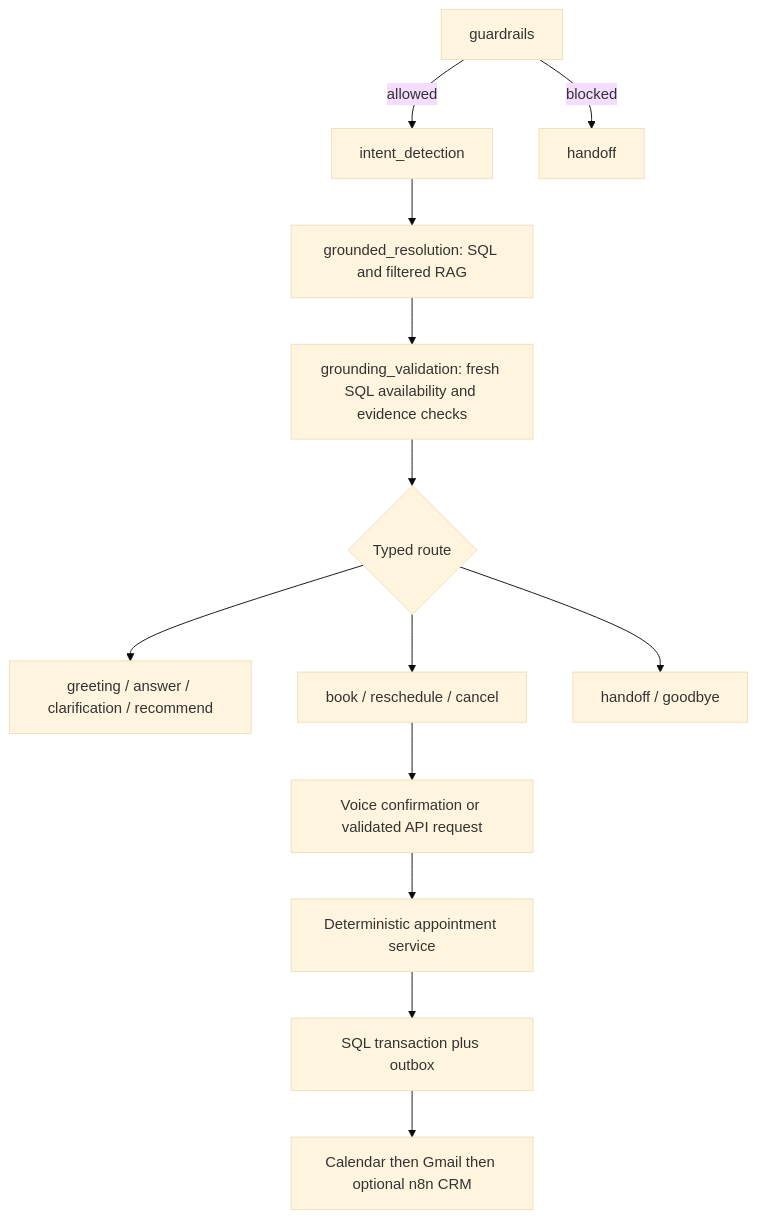
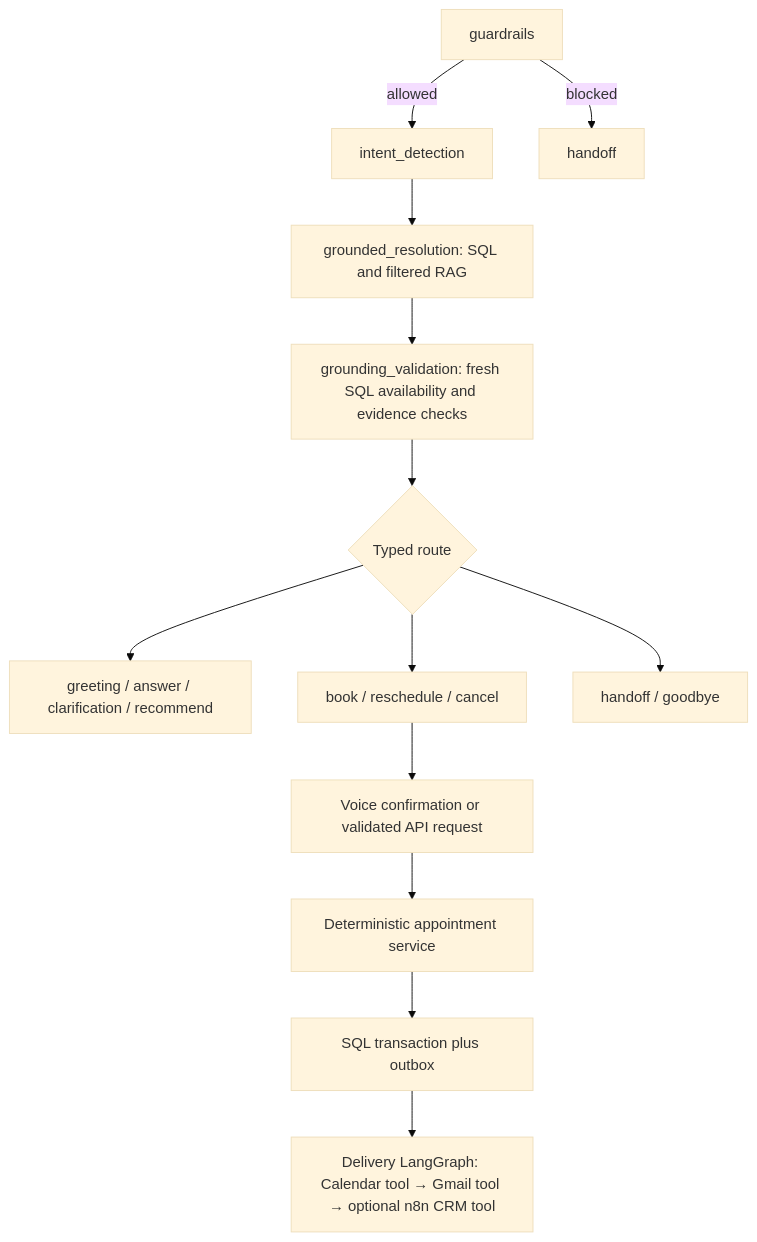
One commit to armishiqbal/AI-voice-agent changed the second of 2 diagrams in docs/ARCHITECTURE.md. Above: the diagram before and after it, drawn with Mermaid (base theme). The commit also changed other lines of this file and 90 other files, not shown here.

````diff
--- a/docs/ARCHITECTURE.md
+++ b/docs/ARCHITECTURE.md
@@ -52,15 +52,15 @@
 ```mermaid
 flowchart TD
   A[guardrails] -->|allowed| B[intent_detection]
   A -->|blocked| H[handoff]
   B --> C[grounded_resolution: SQL and filtered RAG]
   C --> Q[grounding_validation: fresh SQL availability and evidence checks]
   Q --> D{Typed route}
   D --> E[greeting / answer / clarification / recommend]
   D --> F[book / reschedule / cancel]
   D --> G[handoff / goodbye]
   F --> S[Voice confirmation or validated API request]
   S --> V[Deterministic appointment service]
   V --> O[SQL transaction plus outbox]
-  O --> W[Calendar then Gmail then optional n8n CRM]
+  O --> W[Delivery LangGraph: Calendar tool → Gmail tool → optional n8n CRM tool]
 ```
````
